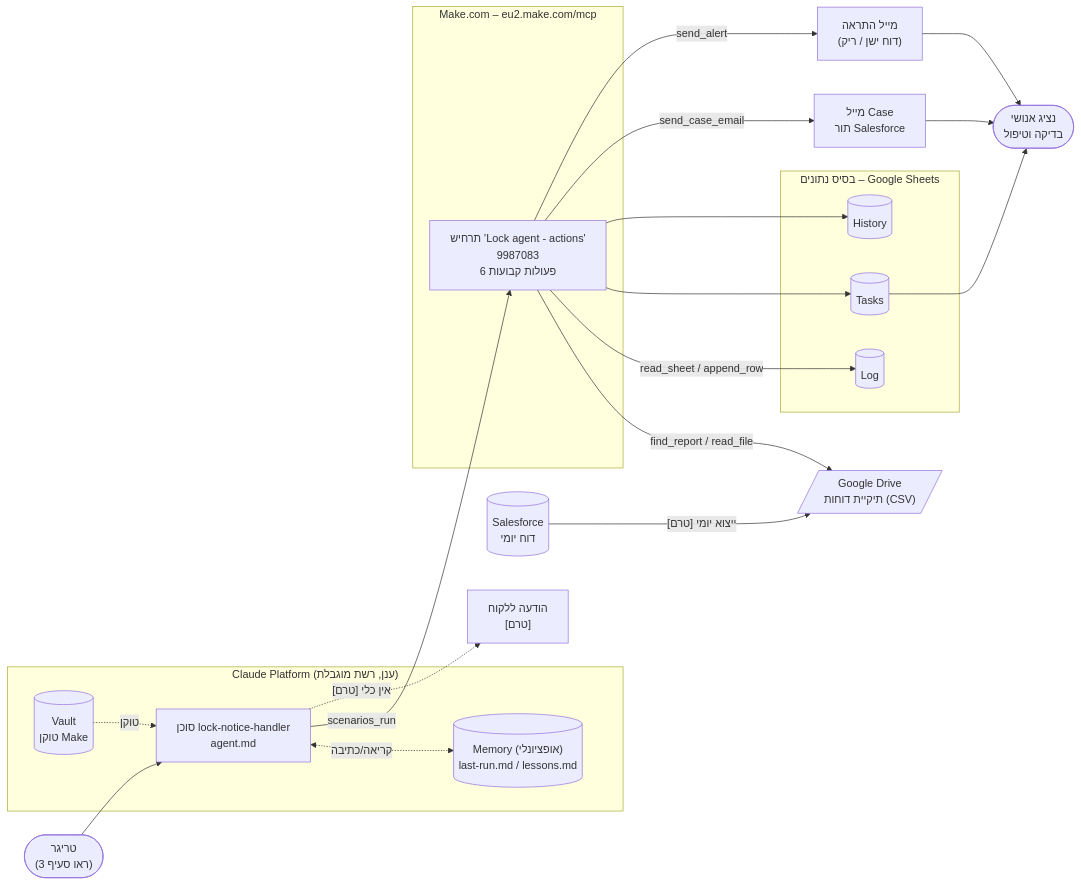
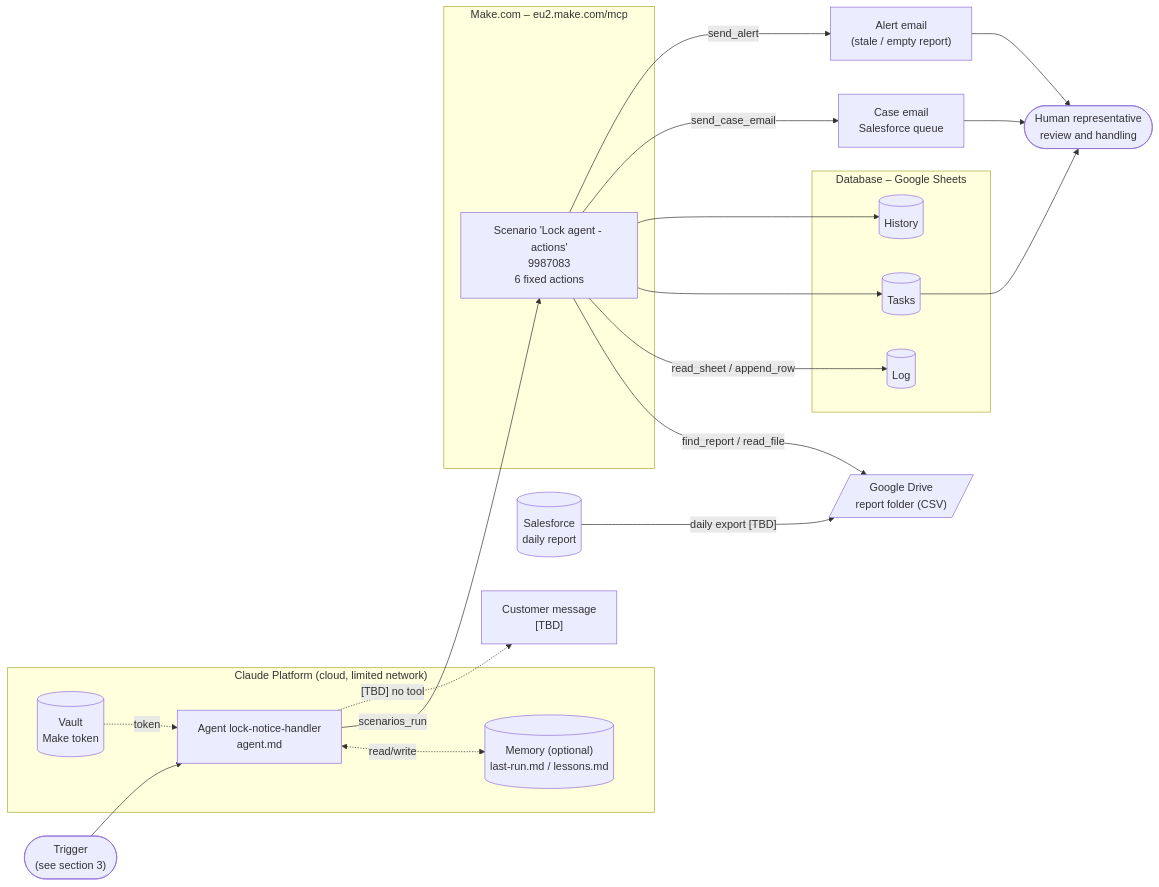
One commit to asaeltaragan-cpu/Time_limit changed the first of 4 diagrams in Architecture.md. Above: the diagram before and after it, drawn with Mermaid. The commit also changed other lines of this file, not shown here.

Commit message:
Translate Architecture.md to English

````diff
--- a/Architecture.md
+++ b/Architecture.md
@@ -23,43 +23,43 @@
 ```mermaid
 flowchart LR
-    SF[("Salesforce<br/>דוח יומי")]
-    DRIVE[/"Google Drive<br/>תיקיית דוחות (CSV)"/]
-    TRIG(["טריגר<br/>(ראו סעיף 3)"])
+    SF[("Salesforce<br/>daily report")]
+    DRIVE[/"Google Drive<br/>report folder (CSV)"/]
+    TRIG(["Trigger<br/>(see section 3)"])
 
-    subgraph ANTH["Claude Platform (ענן, רשת מוגבלת)"]
-        AGENT["סוכן lock-notice-handler<br/>agent.md"]
-        VAULT[("Vault<br/>טוקן Make")]
-        MEM[("Memory (אופציונלי)<br/>last-run.md / lessons.md")]
+    subgraph ANTH["Claude Platform (cloud, limited network)"]
+        AGENT["Agent lock-notice-handler<br/>agent.md"]
+        VAULT[("Vault<br/>Make token")]
+        MEM[("Memory (optional)<br/>last-run.md / lessons.md")]
     end
 
     subgraph MAKE["Make.com – eu2.make.com/mcp"]
-        SCN["תרחיש 'Lock agent - actions'<br/>9987083<br/>6 פעולות קבועות"]
+        SCN["Scenario 'Lock agent - actions'<br/>9987083<br/>6 fixed actions"]
     end
 
-    subgraph DB["בסיס נתונים – Google Sheets"]
+    subgraph DB["Database – Google Sheets"]
         LOG[("Log")]
         TASKS[("Tasks")]
         HIST[("History")]
     end
 
-    MAIL["מייל Case<br/>תור Salesforce"]
-    ALERT["מייל התראה<br/>(דוח ישן / ריק)"]
-    CUST["הודעה ללקוח<br/>[טרם]"]
-    HUMAN(["נציג אנושי<br/>בדיקה וטיפול"])
+    MAIL["Case email<br/>Salesforce queue"]
+    ALERT["Alert email<br/>(stale / empty report)"]
+    CUST["Customer message<br/>[TBD]"]
+    HUMAN(["Human representative<br/>review and handling"])
 
-    SF -- "ייצוא יומי [טרם]" --> DRIVE
+    SF -- "daily export [TBD]" --> DRIVE
     TRIG --> AGENT
-    VAULT -. "טוקן" .-> AGENT
-    AGENT <-. "קריאה/כתיבה" .-> MEM
+    VAULT -. "token" .-> AGENT
+    AGENT <-. "read/write" .-> MEM
     AGENT -- "scenarios_run" --> SCN
     SCN -- "find_report / read_file" --> DRIVE
     SCN -- "read_sheet / append_row" --> LOG
     SCN --> TASKS
     SCN --> HIST
     SCN -- "send_case_email" --> MAIL
     SCN -- "send_alert" --> ALERT
-    AGENT -. "[טרם] אין כלי" .-> CUST
+    AGENT -. "[TBD] no tool" .-> CUST
     TASKS --> HUMAN
     MAIL --> HUMAN
     ALERT --> HUMAN
 ```
````
